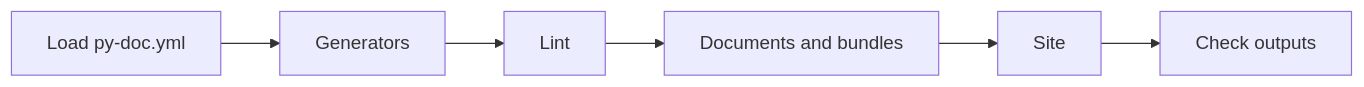
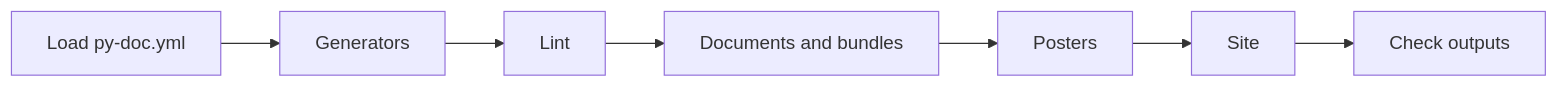
Before and after one commit to markbac/py-doc: the second of 2 diagrams in docs/architecture/02_pipeline.md, drawn with Mermaid. The commit also changed other lines of this file and 18 other files, not shown here.

````diff
--- a/docs/architecture/02_pipeline.md
+++ b/docs/architecture/02_pipeline.md
@@ -53,8 +53,9 @@
 ```mermaid
 flowchart LR
   load[Load py-doc.yml] --> generate[Generators]
   generate --> lint[Lint]
   lint --> documents[Documents and bundles]
-  documents --> site[Site]
+  documents --> posters[Posters]
+  posters --> site[Site]
   site --> verify[Check outputs]
 ```
````
